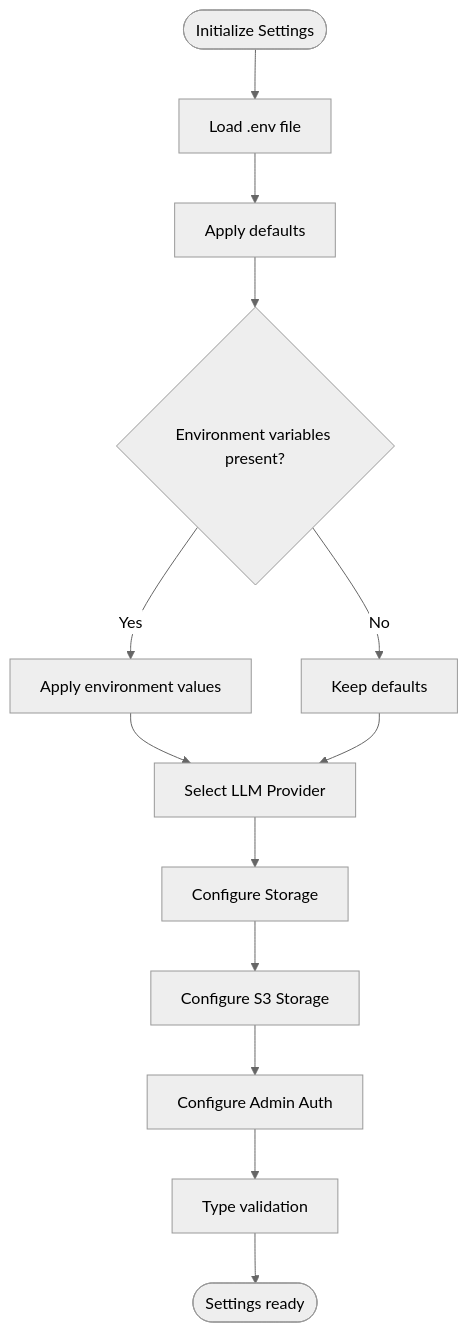
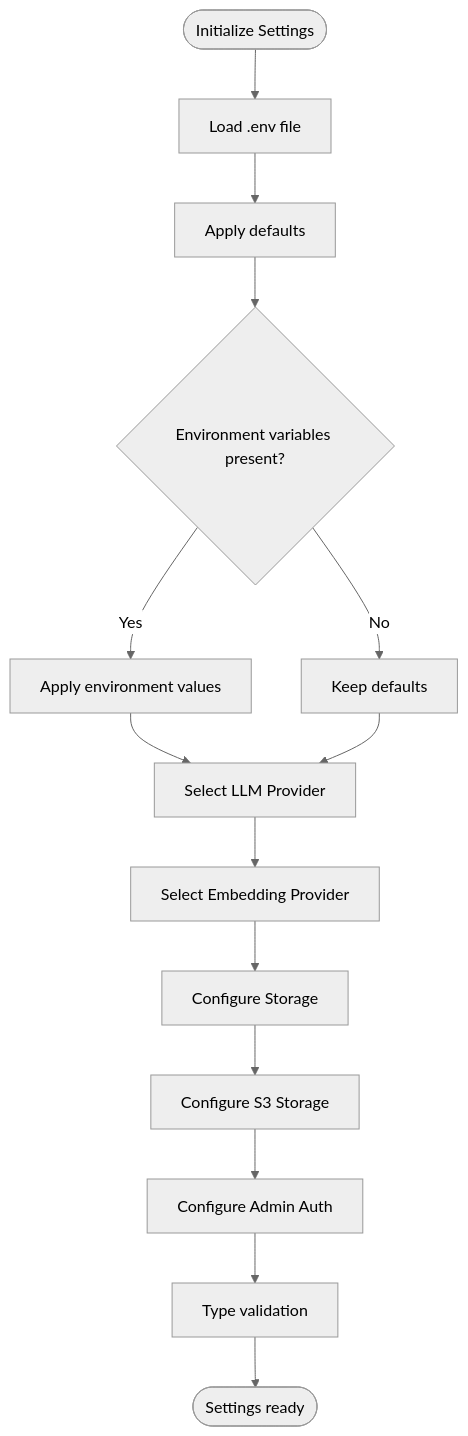
Before and after one commit to ognelis/cafetera_hr_bot: the fifth of 10 diagrams in .qoder/repowiki/en/content/Configuration Management.md, drawn with Mermaid (neutral theme). The commit also changed other lines of this file and 7 other files, not shown here.

````diff
--- a/.qoder/repowiki/en/content/Configuration Management.md
+++ b/.qoder/repowiki/en/content/Configuration Management.md
@@ -241,15 +278,16 @@
 ```mermaid
 flowchart TD
 Start(["Initialize Settings"]) --> LoadEnv["Load .env file"]
 LoadEnv --> Defaults["Apply defaults"]
 Defaults --> EnvOverride{"Environment variables present?"}
 EnvOverride --> |Yes| ApplyEnv["Apply environment values"]
 EnvOverride --> |No| KeepDefaults["Keep defaults"]
 ApplyEnv --> ProviderSelect["Select LLM Provider"]
-ProviderSelect --> StorageConfig["Configure Storage"]
+ProviderSelect --> EmbeddingSelect["Select Embedding Provider"]
+EmbeddingSelect --> StorageConfig["Configure Storage"]
 StorageConfig --> S3Config["Configure S3 Storage"]
 S3Config --> AdminConfig["Configure Admin Auth"]
 AdminConfig --> Validate["Type validation"]
 KeepDefaults --> ProviderSelect
 Validate --> Done(["Settings ready"])
 ```
````
